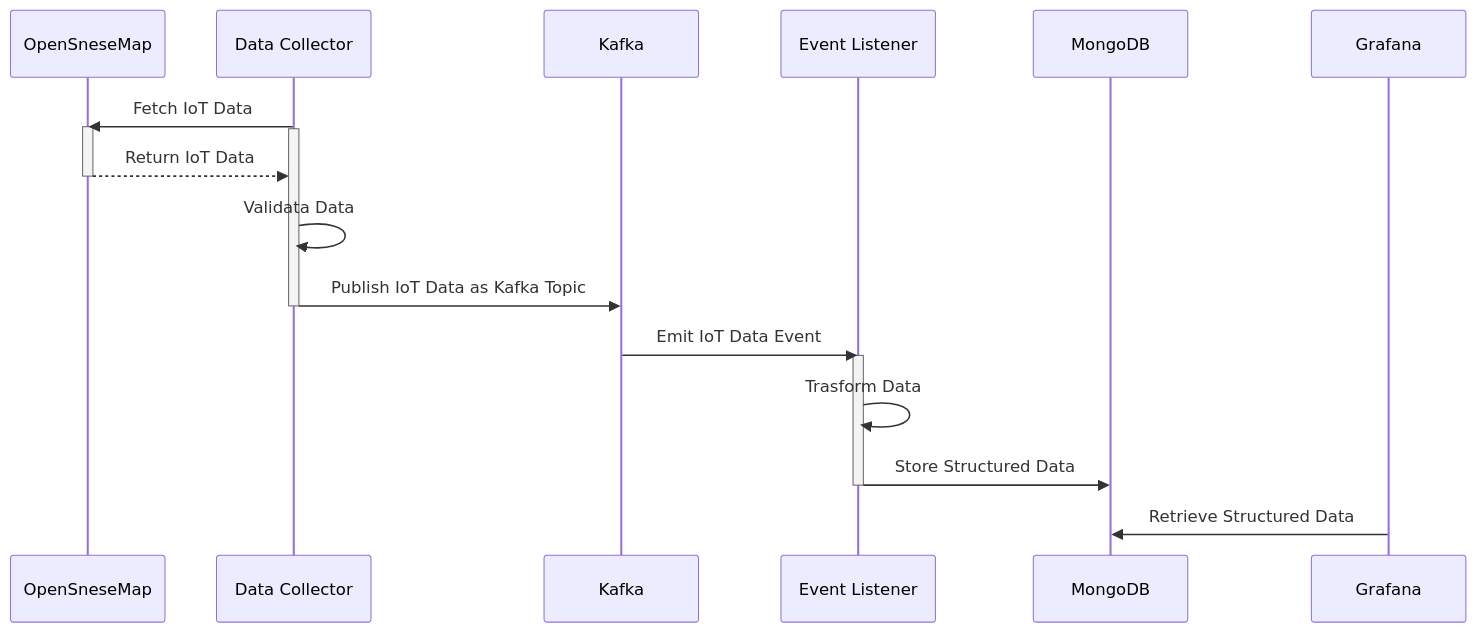
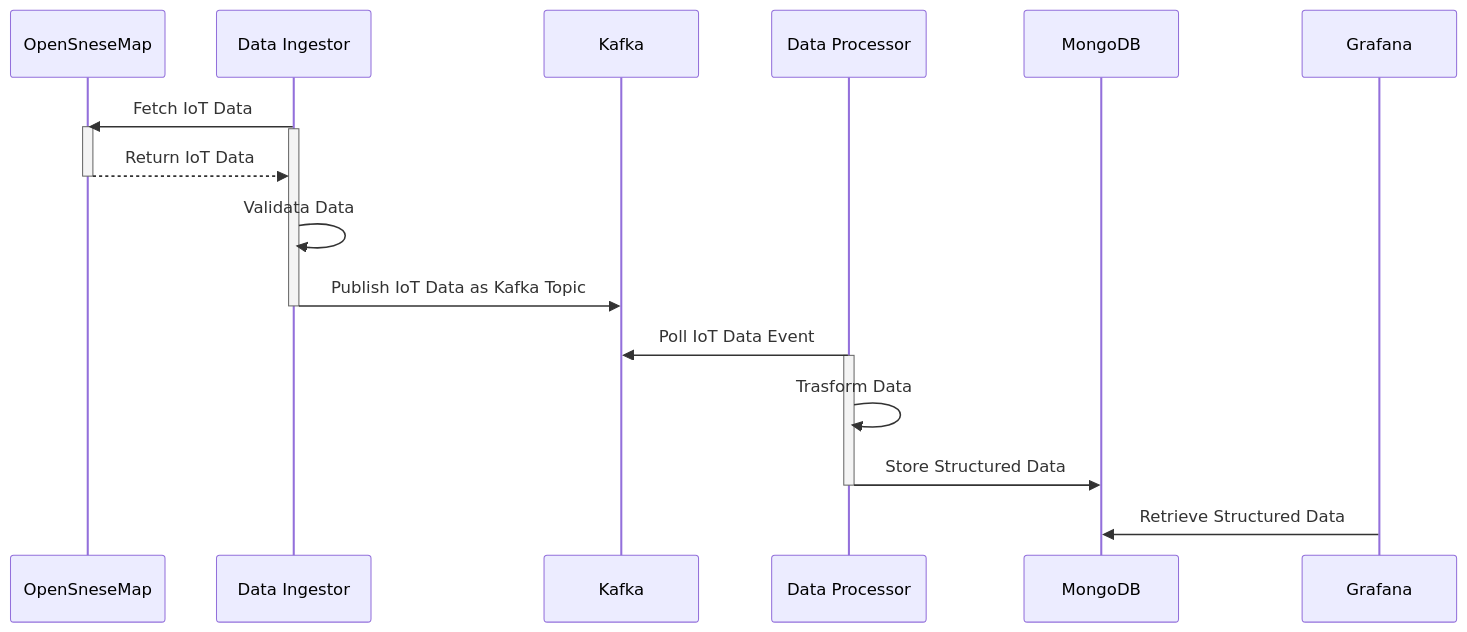
Before and after one commit to sammy11111/kafka-iot: the diagram in architecture/system-behaviour.mmd, drawn with Mermaid. The commit also changed 2 other files, not shown here.

Commit message:
update architecture

```diff
--- a/architecture/system-behaviour.mmd
+++ b/architecture/system-behaviour.mmd
@@ -1,22 +1,22 @@
 sequenceDiagram
     participant OS as OpenSneseMap
-    participant DC as Data Collector
+    participant DC as Data Ingestor
     participant KK as Kafka
-    participant EL as Event Listener
+    participant EL as Data Processor
     participant DB as MongoDB
     participant GN as Grafana
 
     DC->>OS: Fetch IoT Data
     activate OS
     activate DC
     OS-->>DC: Return IoT Data
     deactivate OS
     DC->>DC: Validata Data
     DC->>KK: Publish IoT Data as Kafka Topic
     deactivate DC
-    KK->>EL: Emit IoT Data Event
+    EL->>KK: Poll IoT Data Event
     activate EL
     EL->>EL: Trasform Data
     EL->>DB: Store Structured Data
     deactivate EL
     GN->>DB: Retrieve Structured Data
```
